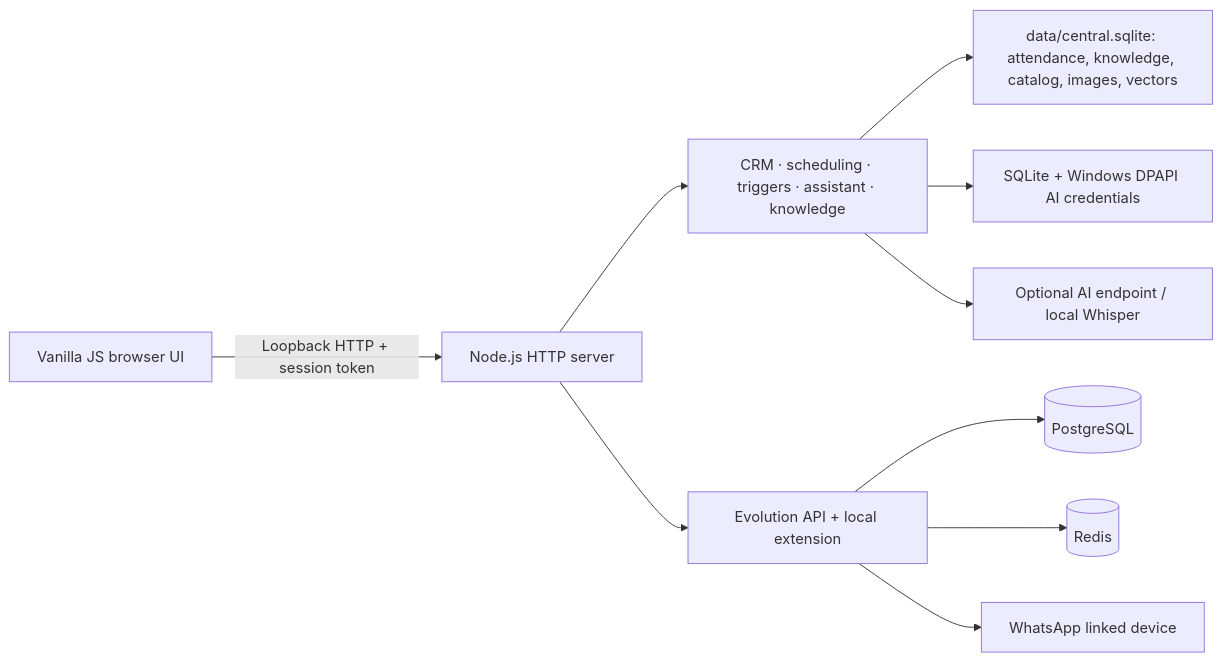
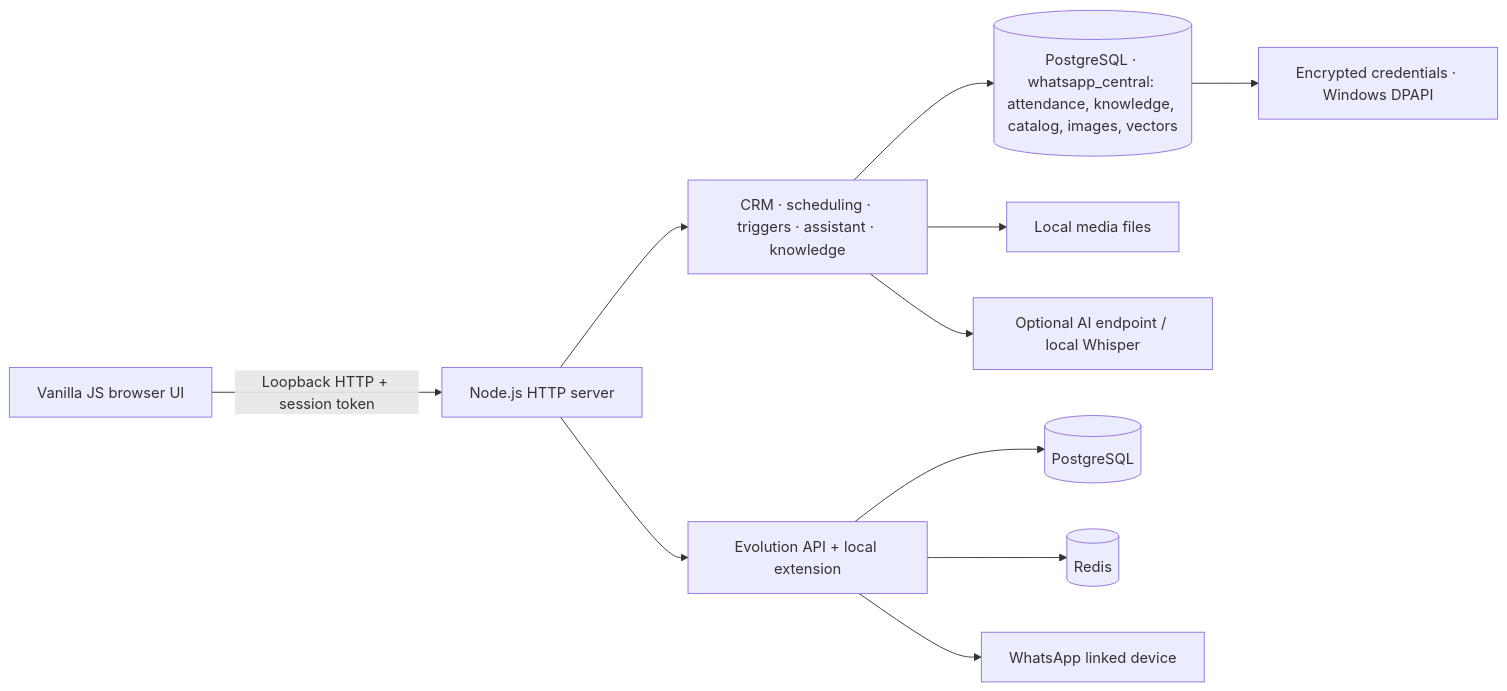
One commit to helberjf/whatsapp-ai-local changed the diagram in README.md. Above: the diagram before and after it, drawn with Mermaid. The commit also changed other lines of this file and 42 other files, not shown here.

First line of the commit message:
feat: PostgreSQL, seleção de modelos de IA e prévias de mídia sobre a versão do GitHub

````diff
--- a/README.md
+++ b/README.md
@@ -249,12 +252,13 @@
 ```mermaid
 flowchart LR
     Browser[Vanilla JS browser UI] -->|Loopback HTTP + session token| Node[Node.js HTTP server]
     Node --> Services[CRM · scheduling · triggers · assistant · knowledge]
-    Services --> Files[data/central.sqlite: attendance, knowledge, catalog, images, vectors]
-    Services --> Vault[SQLite + Windows DPAPI AI credentials]
+    Services --> CentralDB[(PostgreSQL · whatsapp_central: attendance, knowledge, catalog, images, vectors)]
+    Services --> Files[Local media files]
+    CentralDB --> Vault[Encrypted credentials · Windows DPAPI]
     Node --> Evolution[Evolution API + local extension]
     Evolution --> PostgreSQL[(PostgreSQL)]
     Evolution --> Redis[(Redis)]
     Evolution --> WhatsApp[WhatsApp linked device]
     Services --> Optional[Optional AI endpoint / local Whisper]
 ```
````
